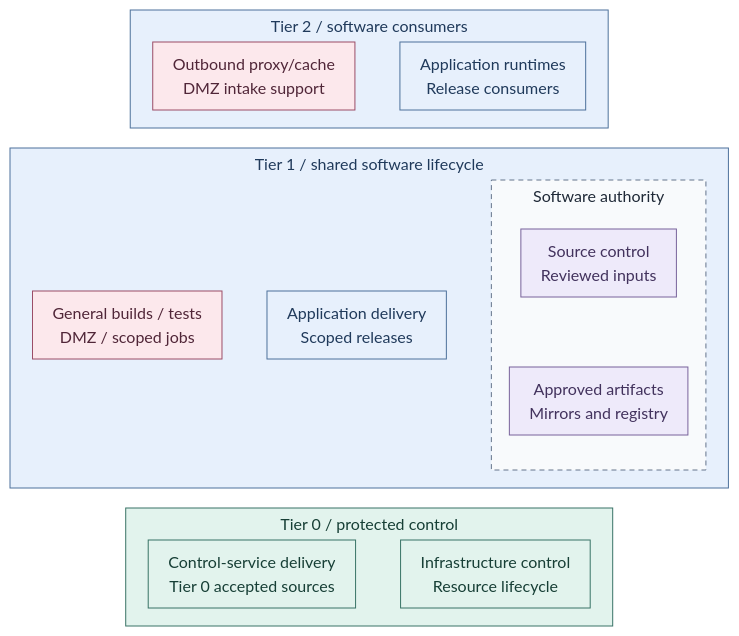
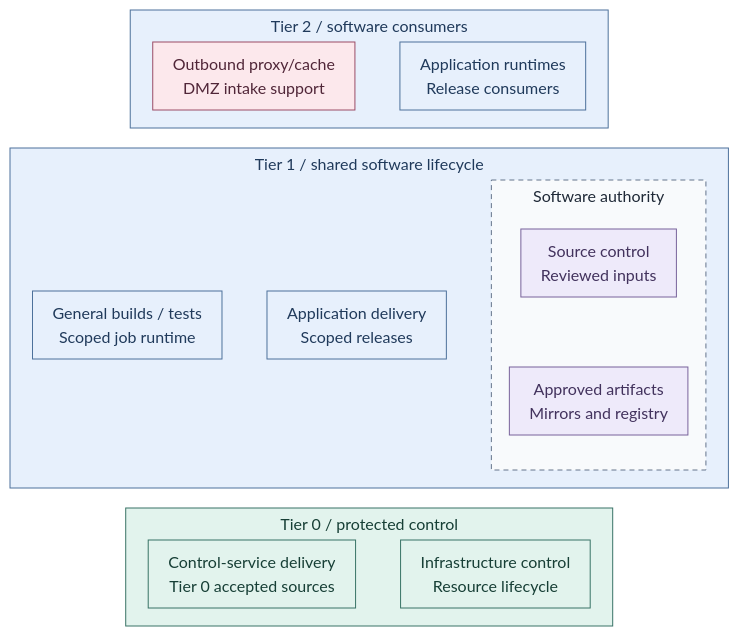
One commit to Rexus/homelab changed the diagram in docs/architecture/software/README.md. Above: the diagram before and after it, drawn with Mermaid. The commit also changed other lines of this file and 186 other files, not shown here.

````diff
--- a/docs/architecture/software/README.md
+++ b/docs/architecture/software/README.md
@@ -35,40 +35,41 @@
 ```mermaid
 %%{init: {"theme":"base","flowchart":{"nodeSpacing":16,"rankSpacing":20,"padding":10,"subGraphTitleMargin":{"top":4,"bottom":10}},"themeVariables":{"lineColor":"#627581","edgeLabelBackground":"#f8fafc"}}}%%
 flowchart TB
   subgraph T2["Tier 2 / software consumers"]
     direction LR
     Cache["Outbound proxy/cache<br/>DMZ intake support"]
     Workloads["Application runtimes<br/>Release consumers"]
     Cache ~~~ Workloads
   end
   subgraph T1["Tier 1 / shared software lifecycle"]
     direction LR
-    Build["General builds / tests<br/>DMZ / scoped jobs"]
+    Build["General builds / tests<br/>Scoped job runtime"]
     Deploy["Application delivery<br/>Scoped releases"]
     subgraph Supply["Software authority"]
       direction TB
       Source["Source control<br/>Reviewed inputs"]
       Artifacts["Approved artifacts<br/>Mirrors and registry"]
       Source ~~~ Artifacts
     end
     Build ~~~ Deploy ~~~ Supply
   end
   subgraph T0["Tier 0 / protected control"]
     direction LR
     ControlDelivery["Control-service delivery<br/>Tier 0 accepted sources"]
     Hosting["Infrastructure control<br/>Resource lifecycle"]
     ControlDelivery ~~~ Hosting
   end
   T2 ~~~ T1 ~~~ T0
   classDef default fill:#f8fafc,stroke:#64748b,color:#1f2937
   classDef services fill:#e7f0fc,stroke:#4d719b,color:#203a5b
   classDef edge fill:#fce8ec,stroke:#9b4d67,color:#502638
   classDef control fill:#e2f3ed,stroke:#397366,color:#173f36
   classDef data fill:#eeeafa,stroke:#78639b,color:#42325d
   classDef replicas fill:#f8fafc,stroke:#64748b,color:#1f2937,stroke-dasharray:5 4
   class T2,T1,Workloads,Deploy services
-  class Cache,Build edge
+  class Cache edge
+  class Build services
   class Source,Artifacts data
   class Supply replicas
   class T0,ControlDelivery,Hosting control
 ```
````
